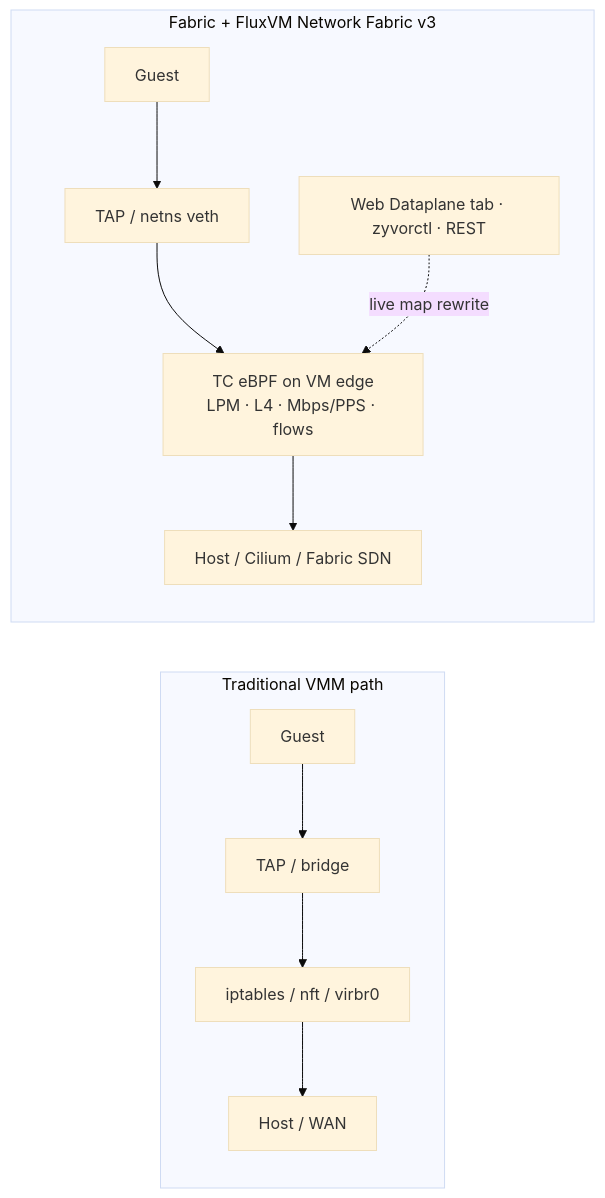
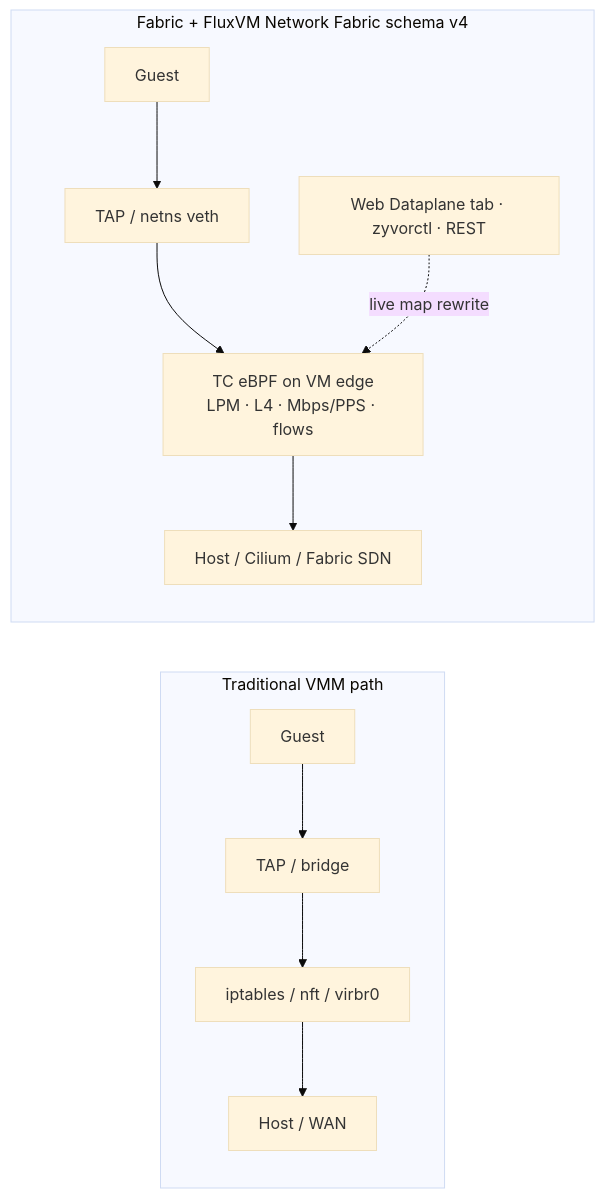
Before and after one commit to zyvorai/fabric: the eighth of 9 diagrams in README.md, drawn with Mermaid (base theme). The commit also changed other lines of this file and 25 other files, not shown here.

First line of the commit message:
Expose FluxVM Network Fabric schema v4 through Fabric API, CLI, and UX.

````diff
--- a/README.md
+++ b/README.md
@@ -418,15 +418,15 @@
 ```mermaid
 flowchart LR
   subgraph traditional [Traditional VMM path]
     TGuest[Guest] --> TTap[TAP / bridge]
     TTap --> TNft[iptables / nft / virbr0]
     TNft --> TOut[Host / WAN]
   end
 
-  subgraph fabricPath [Fabric + FluxVM Network Fabric v3]
+  subgraph fabricPath [Fabric + FluxVM Network Fabric schema v4]
     FGuest[Guest] --> FTap[TAP / netns veth]
     FTap --> FEbpf["TC eBPF on VM edge\nLPM · L4 · Mbps/PPS · flows"]
     FEbpf --> FOut[Host / Cilium / Fabric SDN]
     UX[Web Dataplane tab · zyvorctl · REST] -.->|live map rewrite| FEbpf
   end
 ```
````
